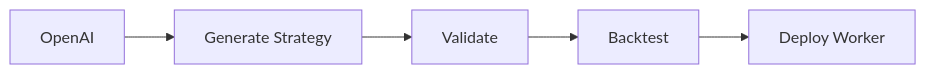
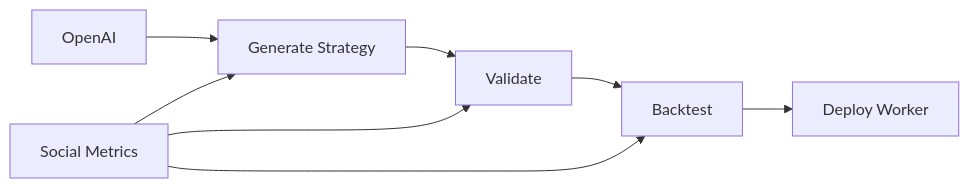
The first of 2 diagrams in STRATEGY_EVOLUTION.md (zd87pl/ai-crypto-trader), drawn with Mermaid before and after one commit. The commit also changed other lines of this file and 2 other files, not shown here.

````diff
--- a/STRATEGY_EVOLUTION.md
+++ b/STRATEGY_EVOLUTION.md
@@ -192,7 +227,10 @@
 ```mermaid
 graph LR
     A[OpenAI] --> B[Generate Strategy]
     B --> C[Validate]
     C --> D[Backtest]
     D --> E[Deploy Worker]
+    F[Social Metrics] --> B
+    F --> C
+    F --> D
 ```
````
